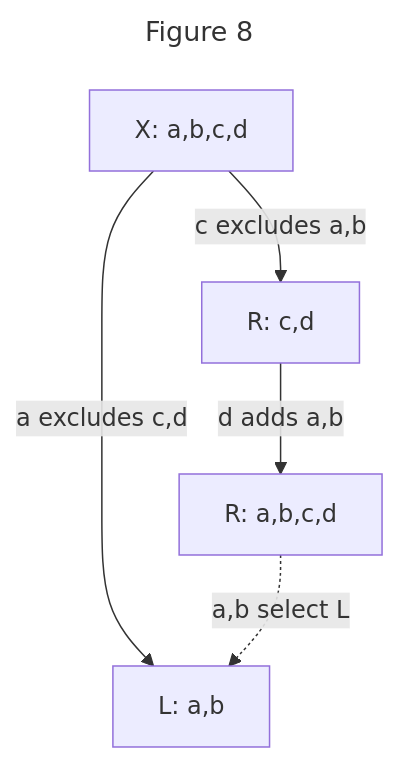
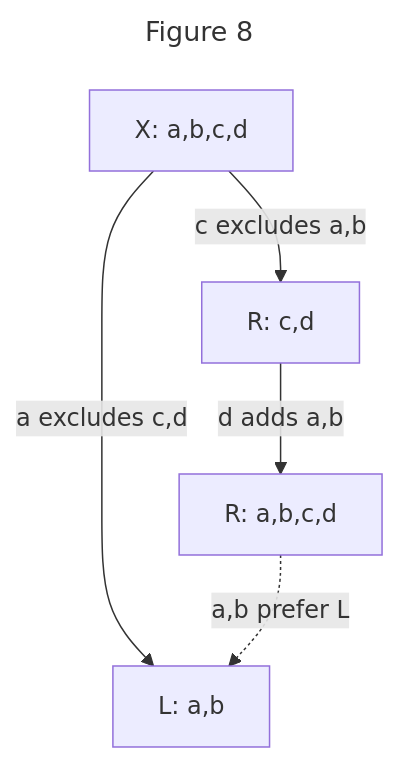
The eighth of 9 diagrams in README.md (ssbc/ssb-group-exclusion-spec), drawn with Mermaid before and after one commit. The commit also changed other lines of this file, not shown here.

````diff
--- a/README.md
+++ b/README.md
@@ -345,11 +345,11 @@
 ```mermaid
 ---
 title: Figure 8
 ---
 graph TB;
   zero[X: a,b,c,d]
   zero--"a excludes c,d"-->L[L: a,b]
   zero--"c excludes a,b"-->R[R: c,d]
   R--"d adds a,b"-->R2[R: a,b,c,d]
-  R2-. a,b select L .->L
+  R2-. a,b prefer L .->L
 ```
````
